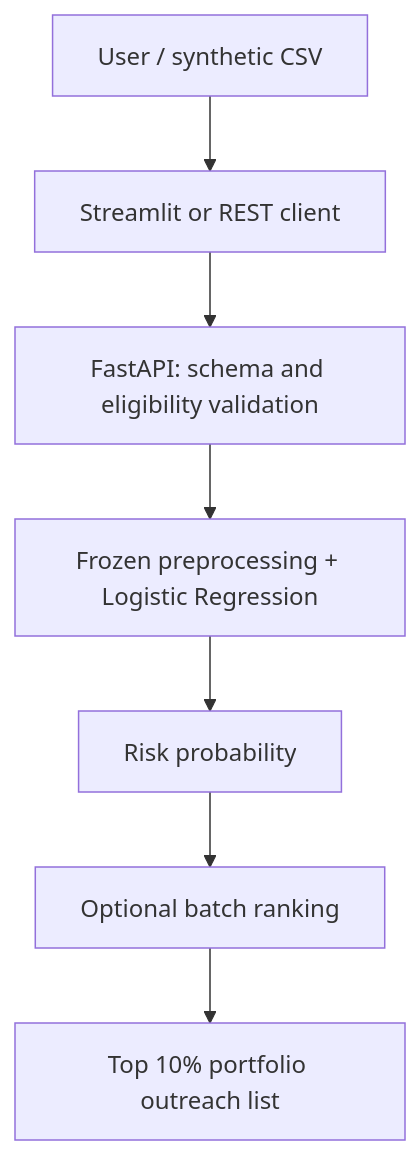
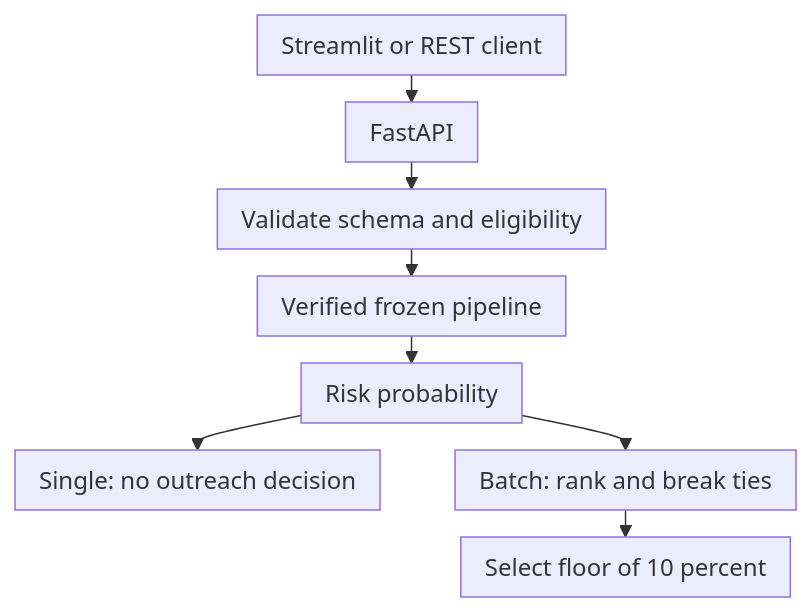
One commit to Ajay0612/readmit-iq changed the second of 2 diagrams in README.md. Above: the diagram before and after it, drawn with Mermaid. The commit also changed other lines of this file and 1 other file, not shown here.

````diff
--- a/README.md
+++ b/README.md
@@ -107,9 +192,17 @@
 ```mermaid
+---
+config:
+  flowchart:
+    rankSpacing: 18
+    padding: 8
+    wrappingWidth: 240
+---
 flowchart TD
-    A[User / synthetic CSV] --> B[Streamlit or REST client]
-    B --> C[FastAPI: schema and eligibility validation]
-    C --> D[Frozen preprocessing + Logistic Regression]
+    A[Streamlit or REST client] --> B[FastAPI]
+    B --> C[Validate schema and eligibility]
+    C --> D[Verified frozen pipeline]
     D --> E[Risk probability]
-    E --> F[Optional batch ranking]
-    F --> G[Top 10% portfolio outreach list]
+    E --> F[Single: no outreach decision]
+    E --> G[Batch: rank and break ties]
+    G --> H[Select floor of 10 percent]
 ```
````
